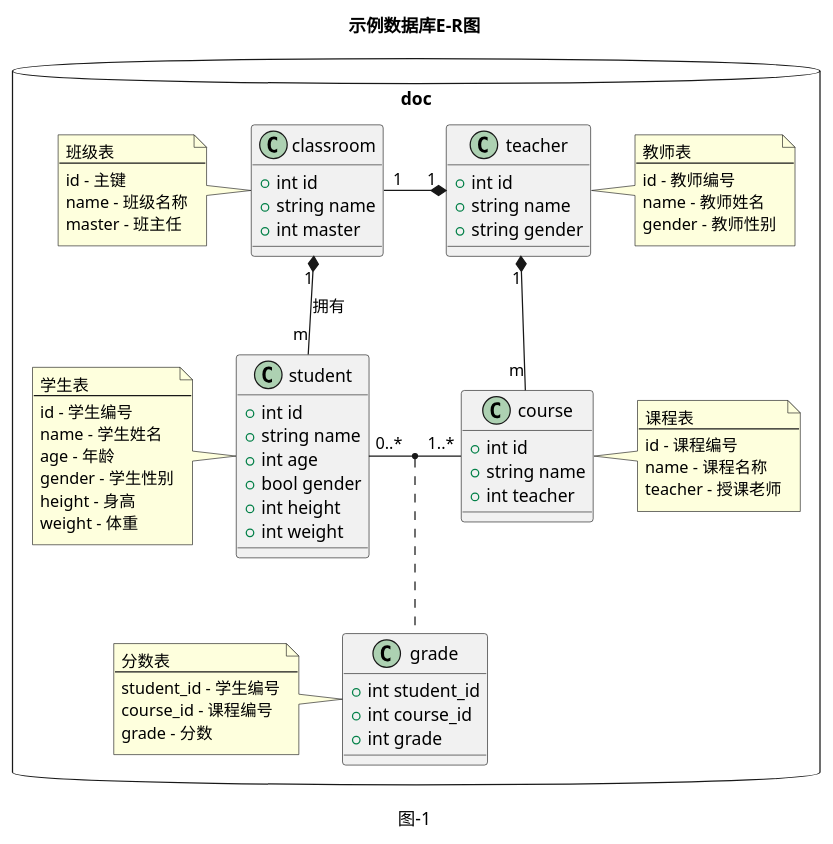
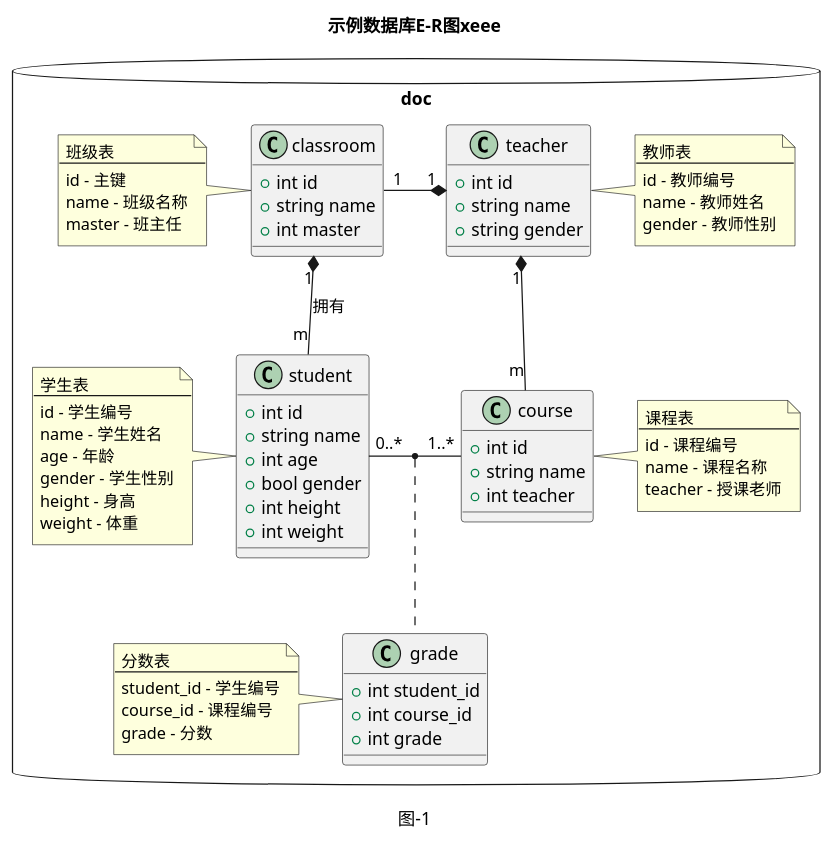
One commit to ninggf/wula changed the diagram in src/render/figures/figure1.svg.puml. Above: the diagram before and after it, drawn with PlantUML. The commit also changed other lines of this file and 2 other files, not shown here.

```diff
--- a/src/render/figures/figure1.svg.puml
+++ b/src/render/figures/figure1.svg.puml
@@ -1,92 +4,91 @@
 @startuml
-
 title
-示例数据库E-R图
+示例数据库E-R图xeee
 end title
 
 package doc <<Database>> {
 
 class teacher {
     +int id
     +string name
     +string gender
 }
 class student {
     +int id
     +string name
     +int age
     +bool gender
     +int height
     +int weight
 }
 
 class classroom {
     +int id
     +string name
     +int master
 }
 
 class course {
     +int id
     +string name
     +int teacher
 }
 
 class grade {
     +int student_id
     +int course_id
     +int grade
 }
 
 classroom "1" *-- "m" student : 拥有
 classroom "1" -* "1" teacher
 teacher "1" *-- "m" course
 student "0..*" - "1..*" course
 (student,course) ..  grade
 
 note left of student
 学生表
 ----
 id - 学生编号
 name - 学生姓名
 age - 年龄
 gender - 学生性别
 height - 身高
 weight - 体重
 end note
 
 note right of course
 课程表
 ----
 id - 课程编号
 name - 课程名称
 teacher - 授课老师
 end note
 
 note left of classroom
 班级表
 ----
 id - 主键
 name - 班级名称
 master - 班主任
 end note
 
 note left of grade
 分数表 
 ----
 student_id - 学生编号
 course_id - 课程编号
 grade - 分数
 end note
 
 note right of teacher
 教师表
 ----
 id - 教师编号 
 name - 教师姓名
 gender - 教师性别
 end note
 }
 
 caption 图-1
 @enduml
```
